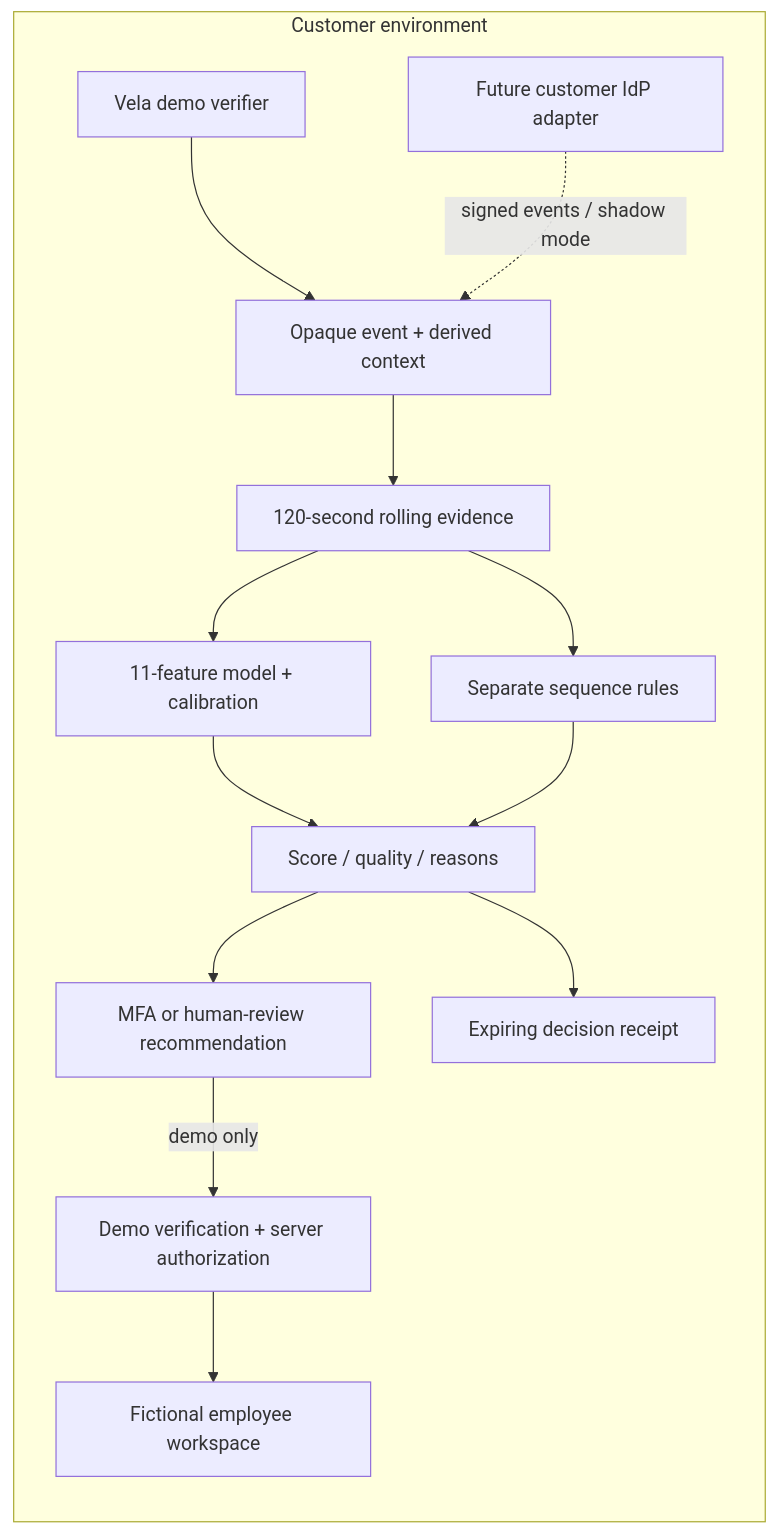
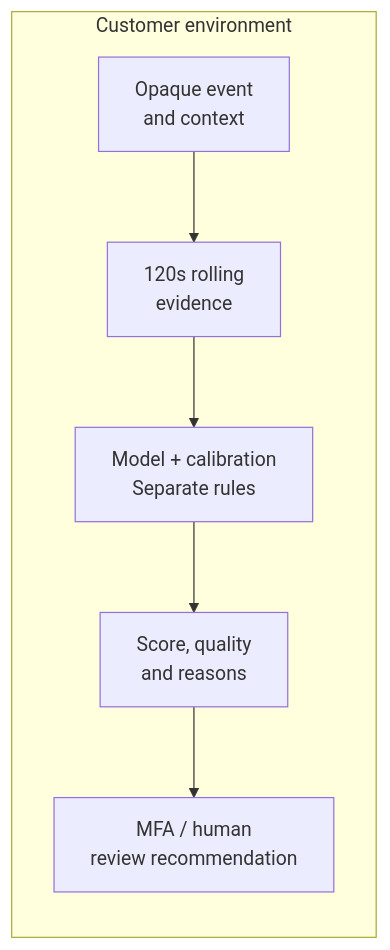
One commit to can-yazicioglu/Kor changed the diagram in README.md. Above: the diagram before and after it, drawn with Mermaid.

Commit message:
Keep the README architecture flow readable at repository width

````diff
--- a/README.md
+++ b/README.md
@@ -99,16 +99,9 @@
 ```mermaid
 flowchart LR
     subgraph LOCAL["Customer environment"]
-      D["Vela demo verifier"] --> E["Opaque event + derived context"]
-      P["Future customer IdP adapter"] -. "signed events / shadow mode" .-> E
-      E --> W["120-second rolling evidence"]
-      W --> M["11-feature model + calibration"]
-      W --> R["Separate sequence rules"]
-      M --> O["Score / quality / reasons"]
-      R --> O
-      O --> A["MFA or human-review recommendation"]
-      O --> H["Expiring decision receipt"]
-      A -->|demo only| V["Demo verification + server authorization"]
-      V --> F["Fictional employee workspace"]
+      E["Opaque event<br/>and context"] --> W["120s rolling<br/>evidence"]
+      W --> M["Model + calibration<br/>Separate rules"]
+      M --> O["Score, quality<br/>and reasons"]
+      O --> A["MFA / human<br/>review recommendation"]
     end
 ```
````
